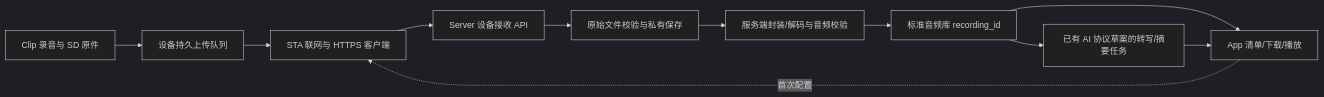
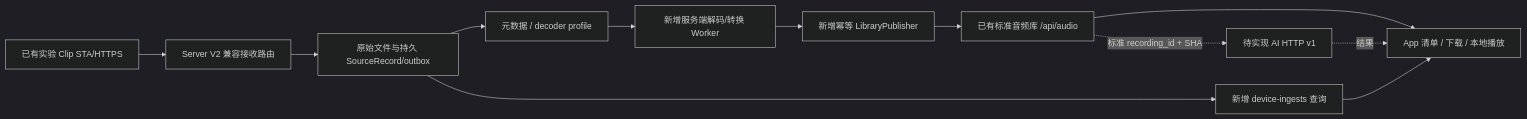
The diagram in docs/superpowers/specs/2026-10-22-clip-direct-server-upload-design.md (boboliu-1010/reSpeaker_Clip), drawn with Mermaid (dark theme) before and after one commit. The commit also changed other lines of this file and 8 other files, not shown here.

Commit message:
docs(boa): align Clip direct upload with experiment and define App server bridge

````diff
--- a/docs/superpowers/specs/2026-10-22-clip-direct-server-upload-design.md
+++ b/docs/superpowers/specs/2026-10-22-clip-direct-server-upload-design.md
@@ -37,13 +64,14 @@
 ```mermaid
 flowchart LR
-    REC[Clip 录音与 SD 原件] --> Q[设备持久上传队列]
-    Q --> STA[STA 联网与 HTTPS 客户端]
-    STA --> ING[Server 设备接收 API]
-    ING --> RAW[原始文件校验与私有保存]
-    RAW --> NORM[服务端封装/解码与音频校验]
-    NORM --> LIB[标准音频库 recording_id]
-    LIB --> AI[已有 AI 协议草案的转写/摘要任务]
-    LIB --> APP[App 清单/下载/播放]
-    AI --> APP
-    APP -.首次配置.-> STA
+    DEV[已有实验 Clip STA/HTTPS] --> V2[Server V2 兼容接收路由]
+    V2 --> RAW[原始文件与持久 SourceRecord/outbox]
+    RAW --> META[元数据 / decoder profile]
+    META --> CONV[新增服务端解码/转换 Worker]
+    CONV --> PUB[新增幂等 LibraryPublisher]
+    PUB --> STORE[已有标准音频库 /api/audio]
+    STORE --> APP[App 清单 / 下载 / 本地播放]
+    RAW --> VIEW[新增 device-ingests 查询]
+    VIEW --> APP
+    STORE -.标准 recording_id + SHA.-> AI[待实现 AI HTTP v1]
+    AI -.结果.-> APP
 ```
````
